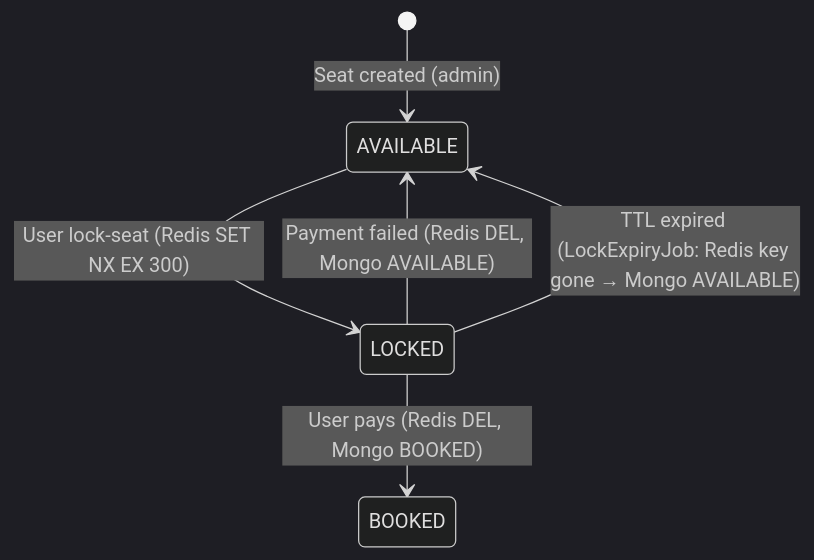
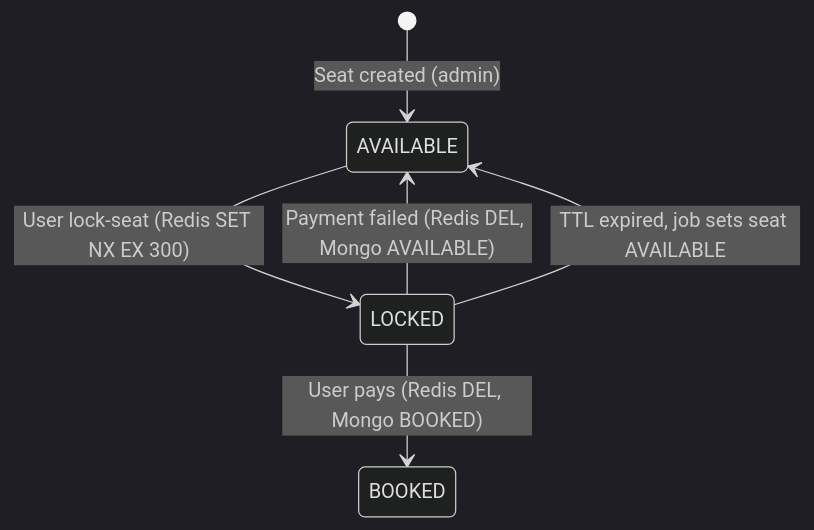
Before and after one commit to rashi07dashore/eventTrackingSystem: the sixth of 9 diagrams in FLOW.md, drawn with Mermaid (dark theme).

Commit message:
flow diagram added

````diff
--- a/FLOW.md
+++ b/FLOW.md
@@ -170,8 +170,8 @@
 ```mermaid
 stateDiagram-v2
     [*] --> AVAILABLE: Seat created (admin)
     AVAILABLE --> LOCKED: User lock-seat (Redis SET NX EX 300)
     LOCKED --> BOOKED: User pays (Redis DEL, Mongo BOOKED)
     LOCKED --> AVAILABLE: Payment failed (Redis DEL, Mongo AVAILABLE)
-    LOCKED --> AVAILABLE: TTL expired (LockExpiryJob: Redis key gone → Mongo AVAILABLE)
+    LOCKED --> AVAILABLE: TTL expired, job sets seat AVAILABLE
 ```
````
